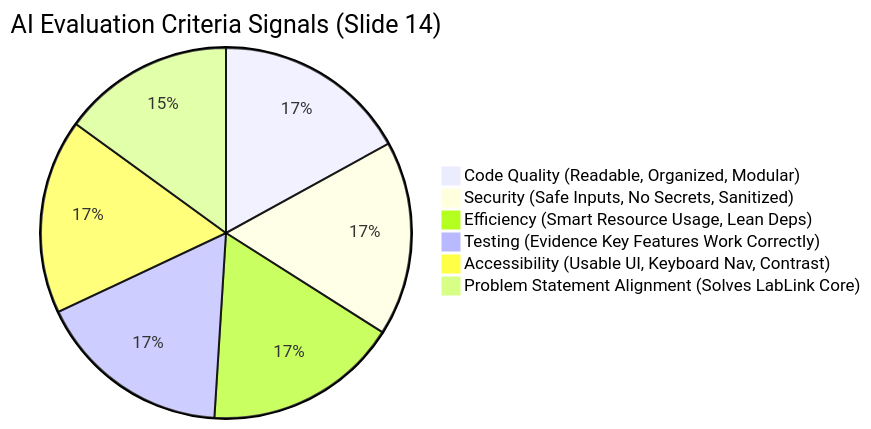
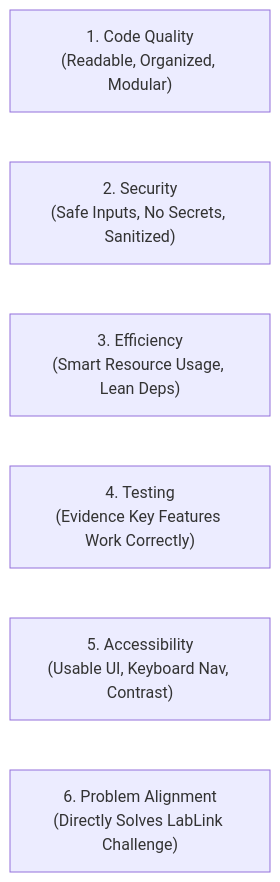
The second of 2 diagrams in docs/HACKATHON_RULES.md (sharancode3/PROMPTWARS), drawn with Mermaid before and after one commit. The commit also changed other lines of this file and 16 other files, not shown here.

````diff
--- a/docs/HACKATHON_RULES.md
+++ b/docs/HACKATHON_RULES.md
@@ -58,9 +58,9 @@
 ```mermaid
-pie title AI Evaluation Criteria Signals (Slide 14)
-    "Code Quality (Readable, Organized, Modular)" : 17
-    "Security (Safe Inputs, No Secrets, Sanitized)" : 17
-    "Efficiency (Smart Resource Usage, Lean Deps)" : 17
-    "Testing (Evidence Key Features Work Correctly)" : 17
-    "Accessibility (Usable UI, Keyboard Nav, Contrast)" : 17
-    "Problem Statement Alignment (Solves LabLink Core)" : 15
+flowchart LR
+    CQ["1. Code Quality<br>(Readable, Organized, Modular)"]
+    SEC["2. Security<br>(Safe Inputs, No Secrets, Sanitized)"]
+    EFF["3. Efficiency<br>(Smart Resource Usage, Lean Deps)"]
+    TST["4. Testing<br>(Evidence Key Features Work Correctly)"]
+    ACC["5. Accessibility<br>(Usable UI, Keyboard Nav, Contrast)"]
+    PSA["6. Problem Alignment<br>(Directly Solves LabLink Challenge)"]
 ```
````
